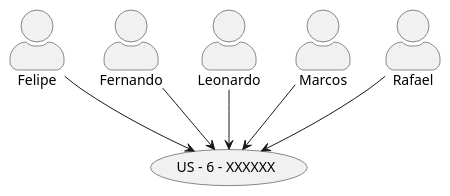
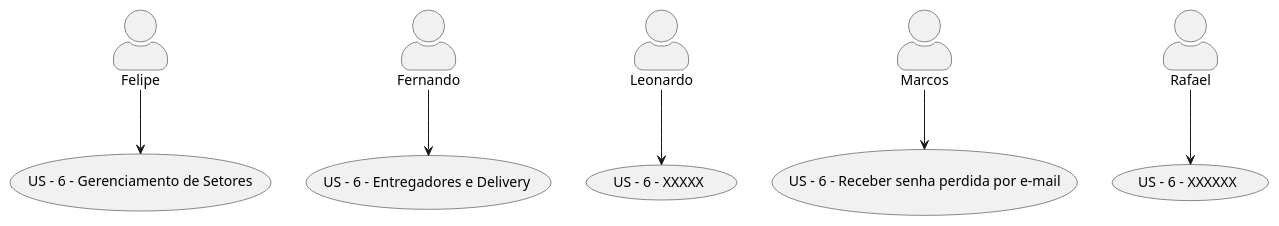
The diagram in docs/guide/README.md (netto-meli/w4g9-projeto-final), drawn with PlantUML before and after one commit. The commit also changed other lines of this file and 2 other files, not shown here.

````diff
--- a/docs/guide/README.md
+++ b/docs/guide/README.md
@@ -81,15 +93,15 @@
 ``` plantuml
 @startuml
 skinparam actorStyle awesome
 "Felipe" as flp
 "Fernando" as frn
 "Leonardo" as lnd
 "Marcos" as mcs
 "Rafael" as rfl
-flp --> (US - 6 - XXXXXX)
-frn --> (US - 6 - XXXXXX)
-lnd --> (US - 6 - XXXXXX)
-mcs --> (US - 6 - XXXXXX)
+flp --> (US - 6 - Gerenciamento de Setores)
+frn --> (US - 6 - Entregadores e Delivery)
+lnd --> (US - 6 - XXXXX)
+mcs --> (US - 6 - Receber senha perdida por e-mail)
 rfl --> (US - 6 - XXXXXX)
 @enduml
 ```
````
